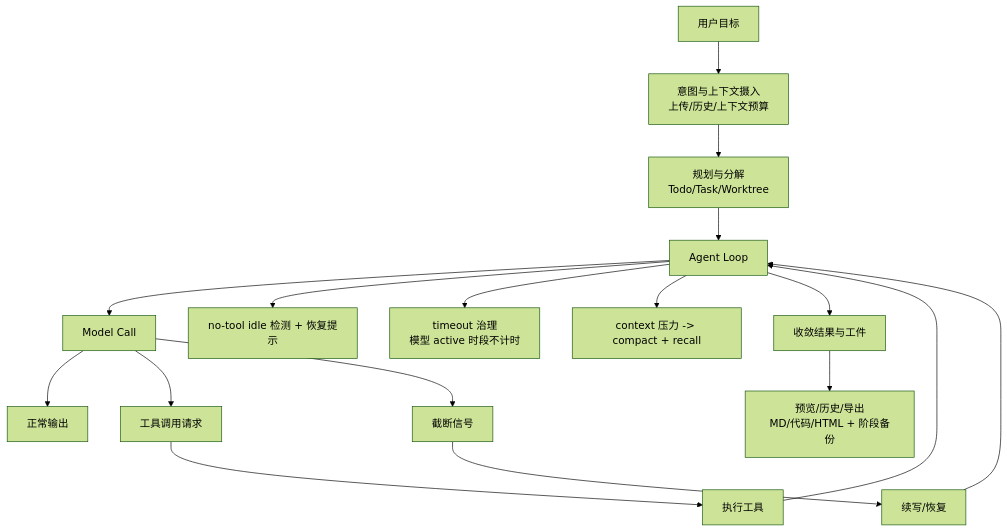
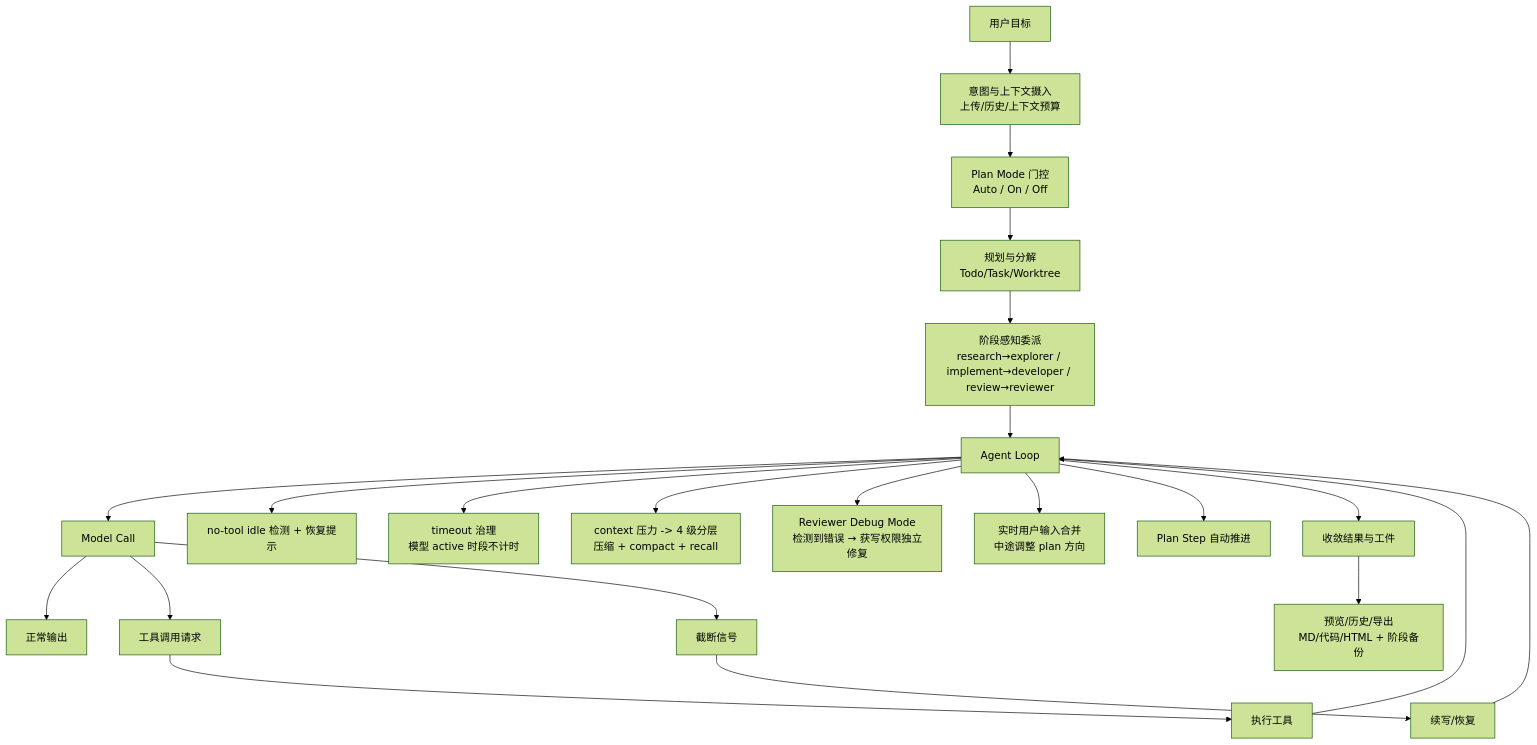
The third of 7 diagrams in README-zh.md (FonaTech/Clouds-Coder), drawn with Mermaid (forest theme) before and after one commit. The commit also changed other lines of this file and 3 other files, not shown here.

````diff
--- a/README-zh.md
+++ b/README-zh.md
@@ -236,19 +261,24 @@
 ```mermaid
 flowchart TD
   A["用户目标"] --> B["意图与上下文摄入<br/>上传/历史/上下文预算"]
-  B --> C["规划与分解<br/>Todo/Task/Worktree"]
-  C --> D["Agent Loop"]
+  B --> PM["Plan Mode 门控<br/>Auto / On / Off"]
+  PM --> C["规划与分解<br/>Todo/Task/Worktree"]
+  C --> PH["阶段感知委派<br/>research→explorer / implement→developer / review→reviewer"]
+  PH --> D["Agent Loop"]
   D --> E["Model Call"]
   E --> F["正常输出"]
   E --> G["工具调用请求"]
   G --> H["执行工具"]
   H --> D
   E --> I["截断信号"]
   I --> J["续写/恢复"]
   J --> D
   D --> K["no-tool idle 检测 + 恢复提示"]
   D --> L["timeout 治理<br/>模型 active 时段不计时"]
-  D --> M["context 压力 -> compact + recall"]
+  D --> M["context 压力 -> 4 级分层压缩 + compact + recall"]
+  D --> DBG["Reviewer Debug Mode<br/>检测到错误 → 获写权限独立修复"]
+  D --> LI["实时用户输入合并<br/>中途调整 plan 方向"]
+  D --> PS["Plan Step 自动推进"]
   D --> N["收敛结果与工件"]
   N --> O["预览/历史/导出<br/>MD/代码/HTML + 阶段备份"]
 ```
````
